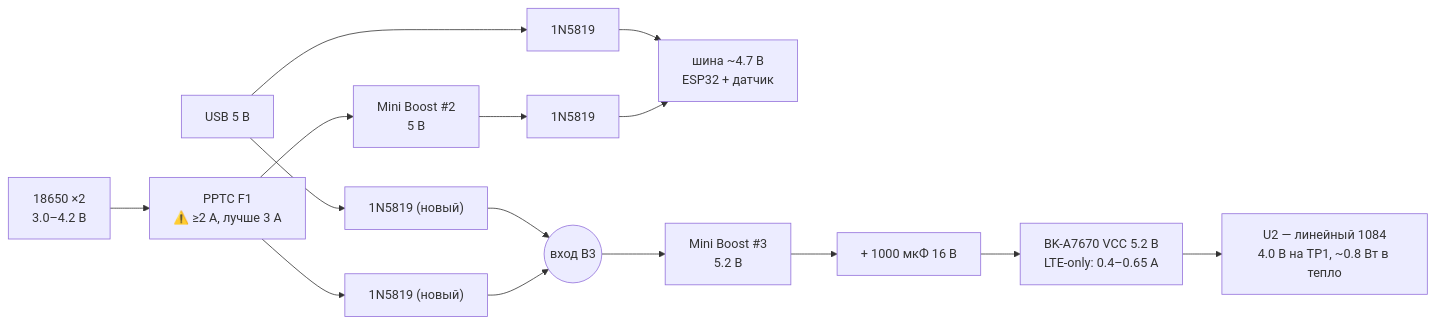
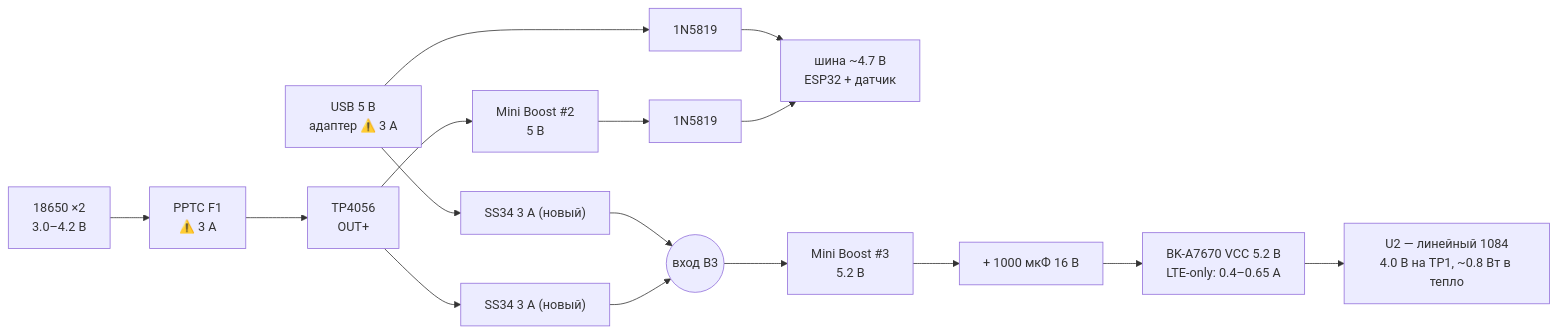
One commit to temafey/ArduinoWindStation changed the first of 2 diagrams in tasks/10-a7670e-4g-gps.md. Above: the diagram before and after it, drawn with Mermaid. The commit also changed other lines of this file and 3 other files, not shown here.

````diff
--- a/tasks/10-a7670e-4g-gps.md
+++ b/tasks/10-a7670e-4g-gps.md
@@ -439,11 +482,12 @@
 ```mermaid
 flowchart LR
-  USB["USB 5 В"] --> D1["1N5819"] --> RAIL["шина ~4.7 В<br/>ESP32 + датчик"]
-  USB --> D3["1N5819 (новый)"] --> B3IN(("вход B3"))
-  BAT["18650 ×2<br/>3.0–4.2 В"] --> F1["PPTC F1<br/>⚠️ ≥2 А, лучше 3 А"]
-  F1 --> B2["Mini Boost #2<br/>5 В"] --> D2["1N5819"] --> RAIL
-  F1 --> D4["1N5819 (новый)"] --> B3IN
+  USB["USB 5 В<br/>адаптер ⚠️ 3 А"] --> D1["1N5819"] --> RAIL["шина ~4.7 В<br/>ESP32 + датчик"]
+  USB --> D3["SS34 3 А (новый)"] --> B3IN(("вход B3"))
+  BAT["18650 ×2<br/>3.0–4.2 В"] --> F1["PPTC F1<br/>⚠️ 3 А"]
+  F1 --> TP["TP4056<br/>OUT+"]
+  TP --> B2["Mini Boost #2<br/>5 В"] --> D2["1N5819"] --> RAIL
+  TP --> D4["SS34 3 А (новый)"] --> B3IN
   B3IN --> B3["Mini Boost #3<br/>5.2 В"]
   B3 --> CAP["+ 1000 мкФ 16 В"] --> MODEM["BK-A7670 VCC 5.2 В<br/>LTE-only: 0.4–0.65 А"]
   MODEM --> U2["U2 — линейный 1084<br/>4.0 В на TP1, ~0.8 Вт в тепло"]
 ```
````
